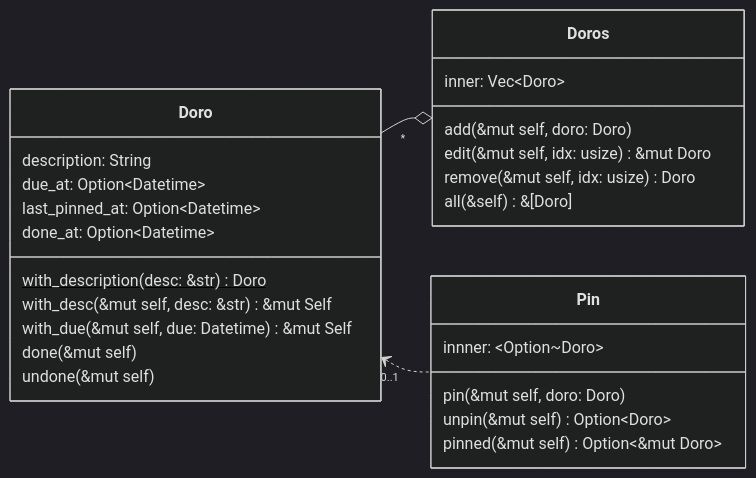
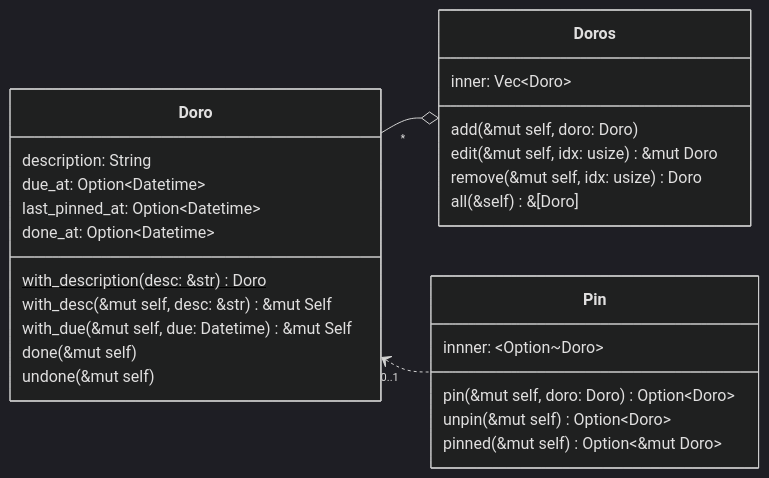
Before and after one commit to huangjj27/huangjj27.github.io: the fourth of 5 diagrams in src/pomo_doro/doro.md, drawn with Mermaid (dark theme).

Commit message:
spirint1(pomo_doro): 置顶项允许重复顶替

````diff
--- a/src/pomo_doro/doro.md
+++ b/src/pomo_doro/doro.md
@@ -60,33 +60,33 @@
 ```mermaid
 classDiagram
     direction LR
     Doro "*" --o Doros
     Doro "0..1" <.. Pin
 
     class Doro {
         description: String
         due_at: Option~Datetime~
         last_pinned_at: Option~Datetime~
         done_at: Option~Datetime~
         with_description(desc: &str) Doro$
         with_desc(&mut self, desc: &str) &mut Self
         with_due(&mut self, due: Datetime) &mut Self
         done(&mut self)
         undone(&mut self)
     }
 
     class Doros {
         inner: Vec~Doro~
         add(&mut self, doro: Doro)
         edit(&mut self, idx: usize) &mut Doro
         remove(&mut self, idx: usize) Doro
         all(&self) &[Doro]
     }
 
     class Pin {
         innner: ~Option~Doro~
-        pin(&mut self, doro: Doro)
+        pin(&mut self, doro: Doro) Option~Doro~
         unpin(&mut self) Option~Doro~
         pinned(&mut self) Option~&mut Doro~
     }
 ```
````
